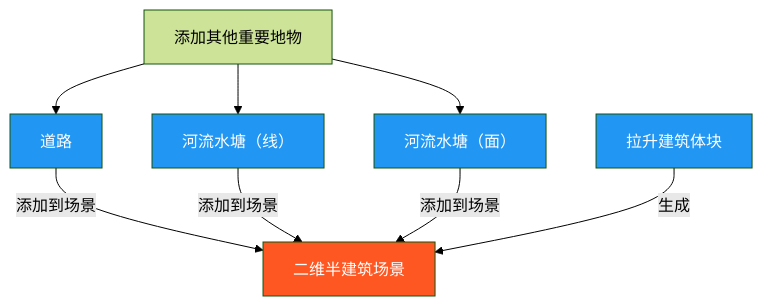
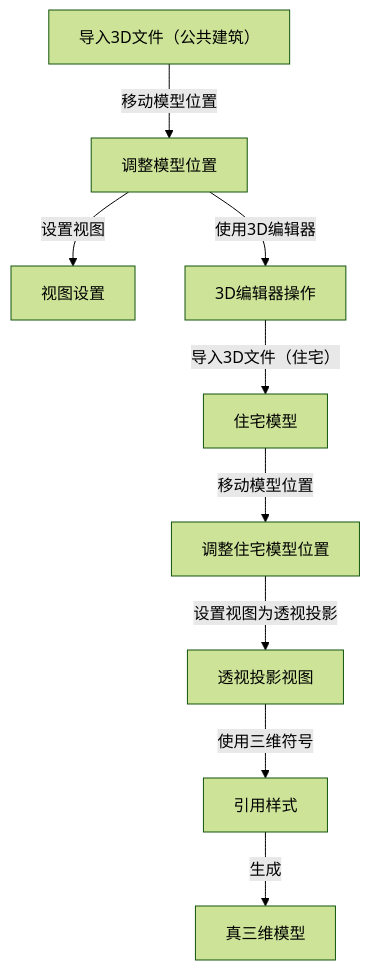
One commit to newguser/iodraw-files changed the diagram in all/未命名.md. Above: the diagram before and after it, drawn with Mermaid (forest theme).

Commit message:
2025-02-27 21:55:22 update

````diff
--- a/all/未命名.md
+++ b/all/未命名.md
@@ -1,19 +1,11 @@
 ```mermaid
 graph TD
-   B[拉升建筑体块]
- C[添加其他重要地物]
-C[添加其他重要地物]-->C1[道路]
-C[添加其他重要地物]-->C2[河流水塘（线）]
-C[添加其他重要地物]-->C3[河流水塘（面）]
-        C1[道路] -->|添加到场景| D[二维半建筑场景]
-        C2[河流水塘（线）] -->|添加到场景| D
-        C3[河流水塘（面）] -->|添加到场景| D
-
-
-    B -->|生成| D[二维半建筑场景]
-
-
-    style D fill:#FF5722,color:white
-    classDef process fill:#2196F3,color:white;
-    class B,C1,C2,C3 process
+    A[导入3D文件（公共建筑）] -->|移动模型位置| B[调整模型位置]
+    B -->|设置视图| C[视图设置]
+    B -->|使用3D编辑器| D[3D编辑器操作]
+    D -->|导入3D文件（住宅）| E[住宅模型]
+    E -->|移动模型位置| F[调整住宅模型位置]
+    F -->|设置视图为透视投影| G[透视投影视图]
+    G -->|使用三维符号| H[引用样式]
+    H -->|生成| I[真三维模型]
 ```
````
